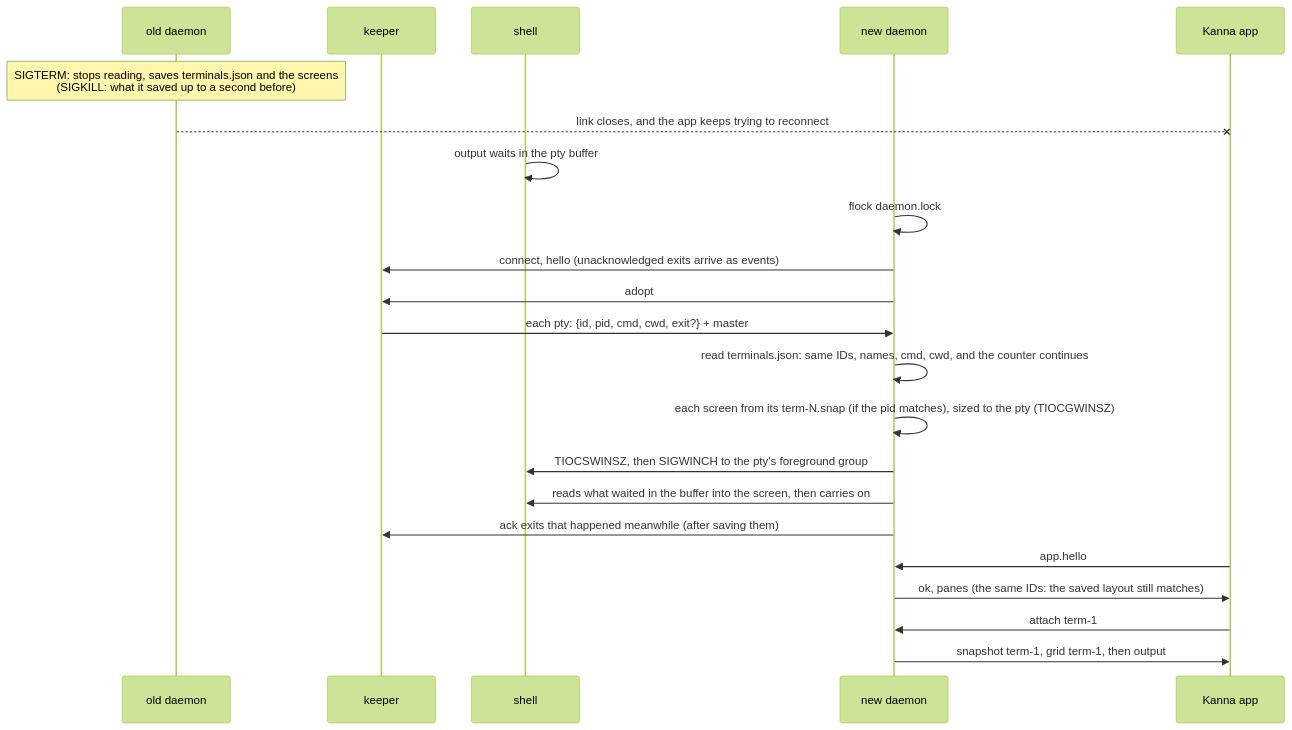
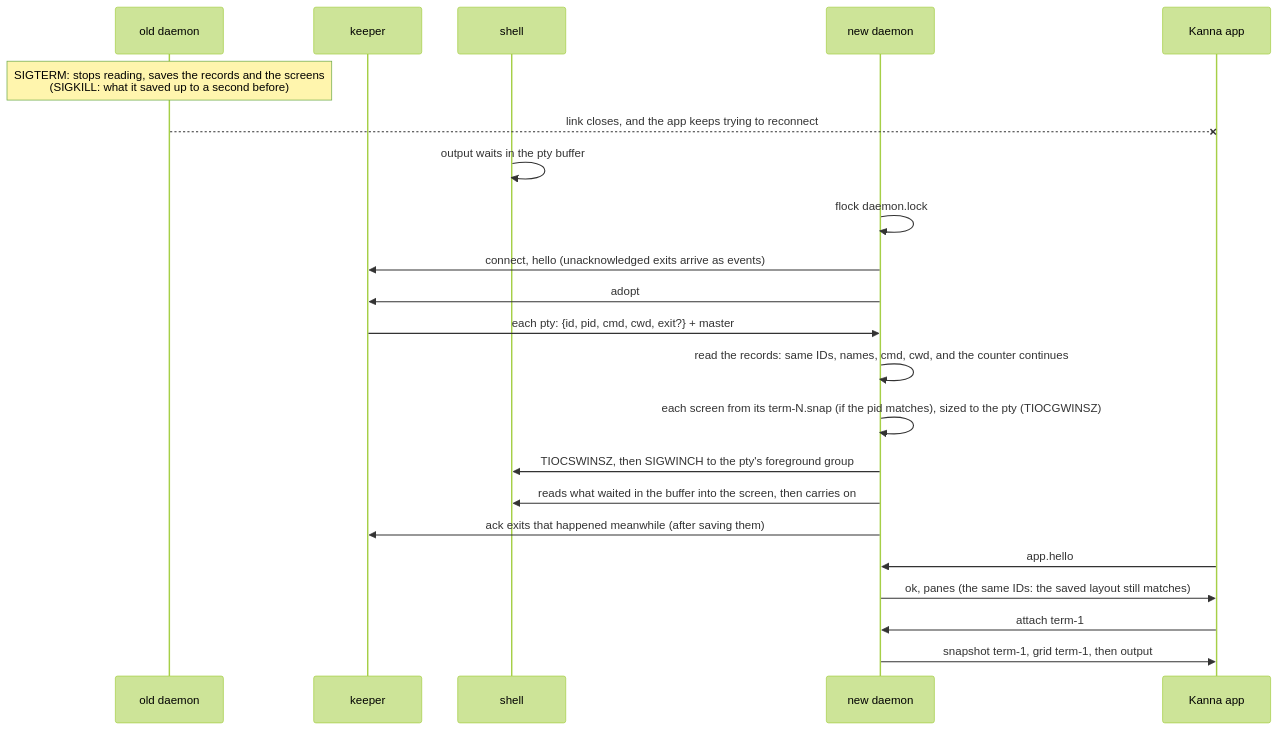
One commit to tampopogk/kanna changed the diagram in docs/specs/daemon-restart.md. Above: the diagram before and after it, drawn with Mermaid (forest theme). The commit also changed other lines of this file and 23 other files, not shown here.

````diff
--- a/docs/specs/daemon-restart.md
+++ b/docs/specs/daemon-restart.md
@@ -38,24 +36,24 @@
 ```mermaid
 sequenceDiagram
     participant D1 as old daemon
     participant K as keeper
     participant S as shell
     participant D2 as new daemon
     participant A as Kanna app
-    Note over D1: SIGTERM: stops reading, saves terminals.json and the screens<br/>(SIGKILL: what it saved up to a second before)
+    Note over D1: SIGTERM: stops reading, saves the records and the screens<br/>(SIGKILL: what it saved up to a second before)
     D1--xA: link closes, and the app keeps trying to reconnect
     S->>S: output waits in the pty buffer
     D2->>D2: flock daemon.lock
     D2->>K: connect, hello (unacknowledged exits arrive as events)
     D2->>K: adopt
     K->>D2: each pty: {id, pid, cmd, cwd, exit?} + master
-    D2->>D2: read terminals.json: same IDs, names, cmd, cwd, and the counter continues
+    D2->>D2: read the records: same IDs, names, cmd, cwd, and the counter continues
     D2->>D2: each screen from its term-N.snap (if the pid matches), sized to the pty (TIOCGWINSZ)
     D2->>S: TIOCSWINSZ, then SIGWINCH to the pty's foreground group
     D2->>S: reads what waited in the buffer into the screen, then carries on
     D2->>K: ack exits that happened meanwhile (after saving them)
     A->>D2: app.hello
     D2->>A: ok, panes (the same IDs: the saved layout still matches)
     A->>D2: attach term-1
     D2->>A: snapshot term-1, grid term-1, then output
 ```
````
